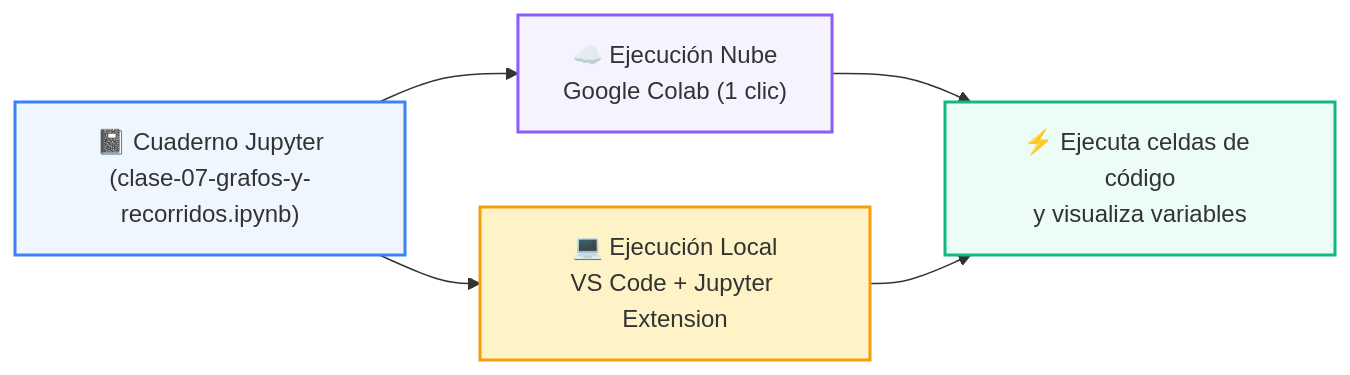
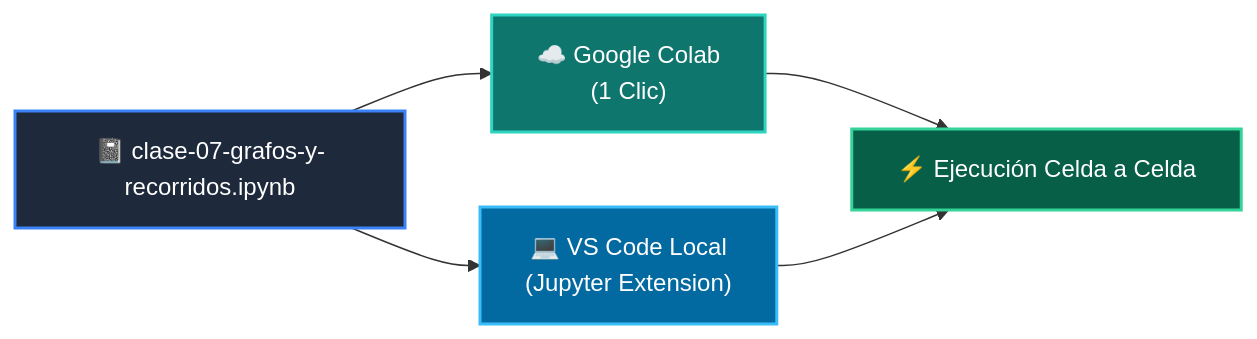
One commit to wisrovi/wisrovi-python changed the diagram in 02-algoritmos-estructuras/clase-07-grafos-y-recorridos/notebook/README.md. Above: the diagram before and after it, drawn with Mermaid. The commit also changed other lines of this file and 271 other files, not shown here.

Commit message:
docs: rewrite all README.md files with bespoke topic-specific Mermaid diagrams and remove repetitive boilerplate

````diff
--- a/02-algoritmos-estructuras/clase-07-grafos-y-recorridos/notebook/README.md
+++ b/02-algoritmos-estructuras/clase-07-grafos-y-recorridos/notebook/README.md
@@ -14,12 +12,12 @@
 ```mermaid
 flowchart LR
-    NB["📓 Cuaderno Jupyter<br/>(clase-07-grafos-y-recorridos.ipynb)"] --> COLAB["☁️ Ejecución Nube<br/>Google Colab (1 clic)"]
-    NB --> LOCAL["💻 Ejecución Local<br/>VS Code + Jupyter Extension"]
-    COLAB --> RUN["⚡ Ejecuta celdas de código<br/>y visualiza variables"]
+    NB["📓 clase-07-grafos-y-recorridos.ipynb"] --> COLAB["☁️ Google Colab<br/>(1 Clic)"]
+    NB --> LOCAL["💻 VS Code Local<br/>(Jupyter Extension)"]
+    COLAB --> RUN["⚡ Ejecución Celda a Celda"]
     LOCAL --> RUN
 
-    style NB fill:#eff6ff,stroke:#3b82f6,stroke-width:2px
-    style COLAB fill:#f5f3ff,stroke:#8b5cf6,stroke-width:2px
-    style LOCAL fill:#fef3c7,stroke:#f59e0b,stroke-width:2px
-    style RUN fill:#ecfdf5,stroke:#10b981,stroke-width:2px
+    style NB fill:#1e293b,color:#fff,stroke:#3b82f6,stroke-width:2px
+    style COLAB fill:#0f766e,color:#fff,stroke:#2dd4bf,stroke-width:2px
+    style LOCAL fill:#0369a1,color:#fff,stroke:#38bdf8,stroke-width:2px
+    style RUN fill:#065f46,color:#fff,stroke:#34d399,stroke-width:2px
 ```
````
